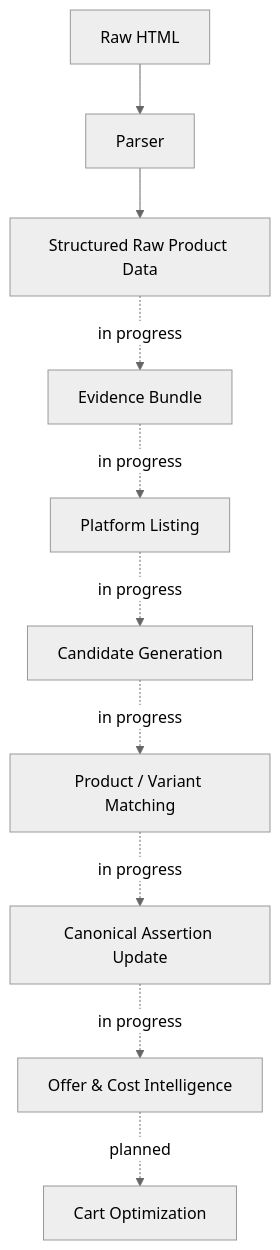
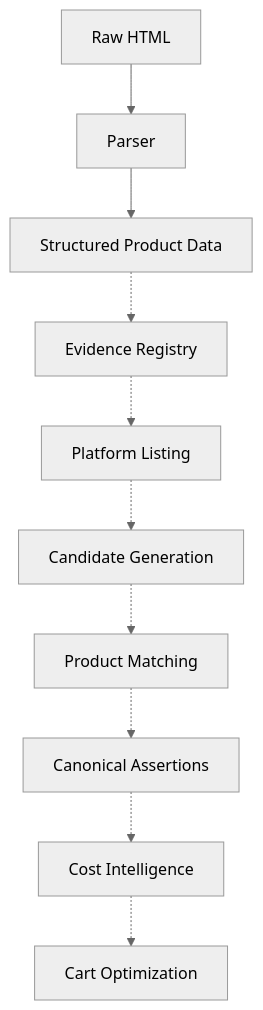
Before and after one commit to neural-agi/Cartel-Smart-Cart-Optimizer: the diagram in README.md, drawn with Mermaid (neutral theme). The commit also changed other lines of this file, not shown here.

````diff
--- a/README.md
+++ b/README.md
@@ -55,12 +241,13 @@
 ```mermaid
 flowchart TD
     A[Raw HTML] --> B[Parser]
-    B --> C[Structured Raw Product Data]
-    C -.->|in progress| D[Evidence Bundle]
-    D -.->|in progress| E[Platform Listing]
-    E -.->|in progress| F[Candidate Generation]
-    F -.->|in progress| G[Product / Variant Matching]
-    G -.->|in progress| H[Canonical Assertion Update]
-    H -.->|in progress| I[Offer & Cost Intelligence]
-    I -.->|planned| J[Cart Optimization]
+    B --> C[Structured Product Data]
+
+    C -.-> D[Evidence Registry]
+    D -.-> E[Platform Listing]
+    E -.-> F[Candidate Generation]
+    F -.-> G[Product Matching]
+    G -.-> H[Canonical Assertions]
+    H -.-> I[Cost Intelligence]
+    I -.-> J[Cart Optimization]
 ```
````
